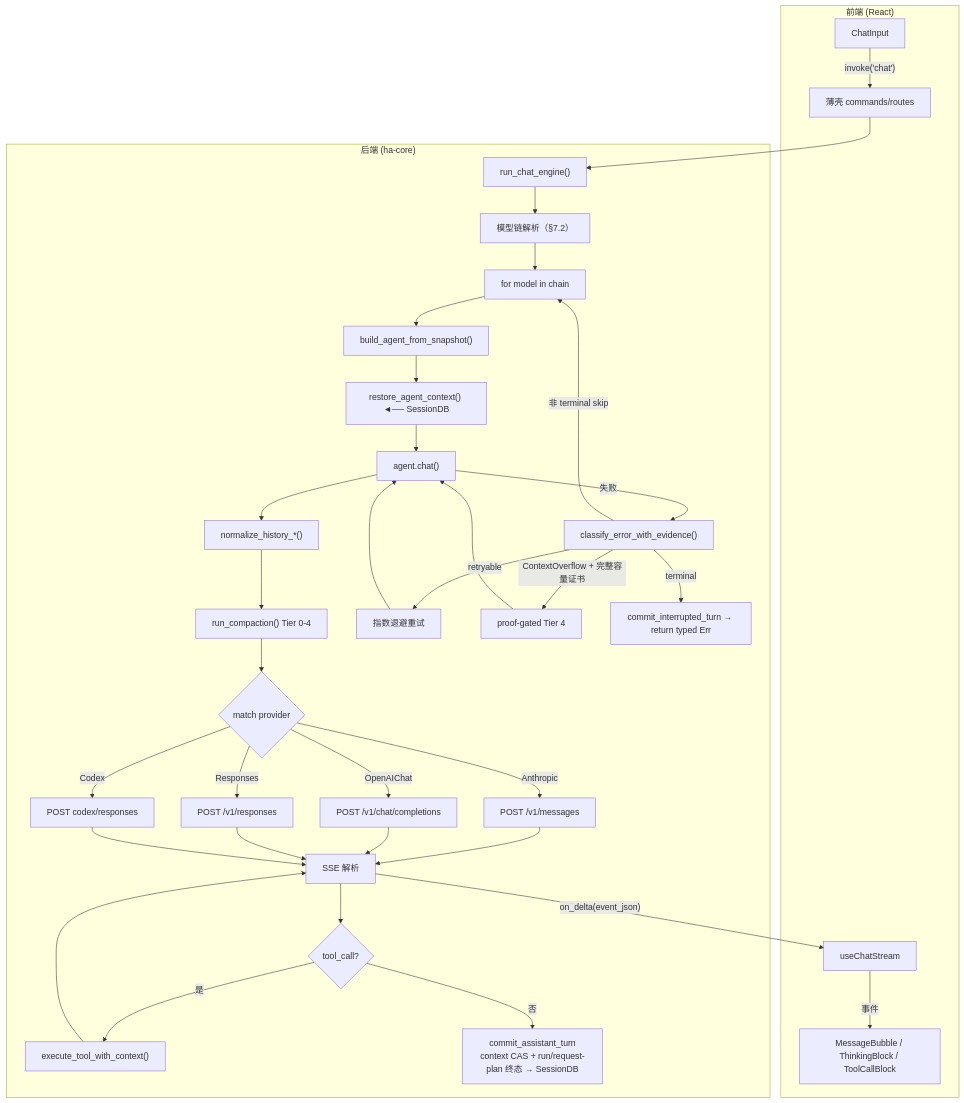
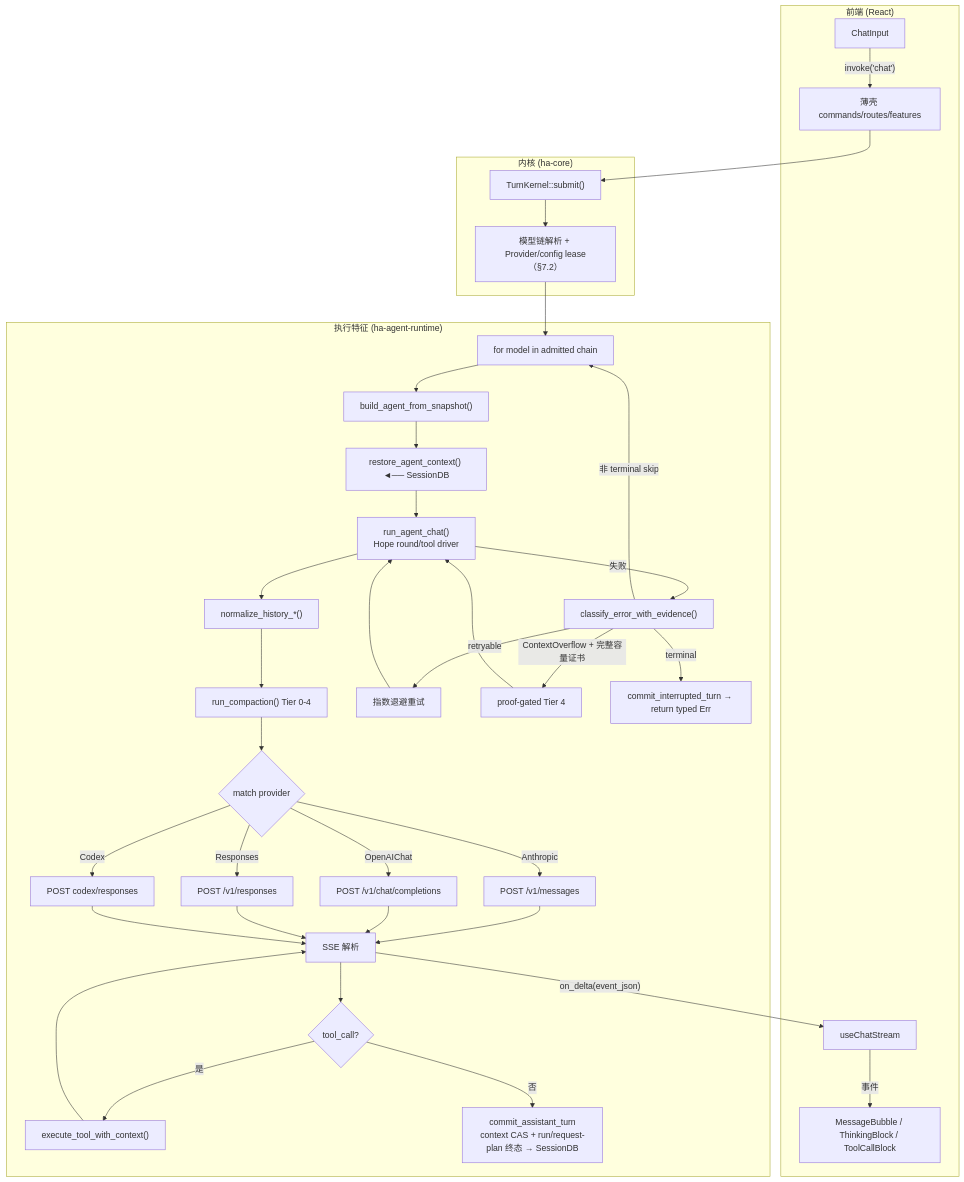
One commit to gabrielmoreira/agent-skills-mirror changed diagram 16 of 16 in mirrors/repos/shiwenwen@hope-agent/docs/architecture/core/provider-system.md. Above: the diagram before and after it, drawn with Mermaid. The commit also changed other lines of this file and 2396 other files, not shown here.

````diff
--- a/mirrors/repos/shiwenwen@hope-agent/docs/architecture/core/provider-system.md
+++ b/mirrors/repos/shiwenwen@hope-agent/docs/architecture/core/provider-system.md
@@ -797,41 +798,44 @@
 ```mermaid
 flowchart TD
   subgraph Frontend["前端 (React)"]
     INPUT["ChatInput"] -->|"invoke('chat')"| INVOKE
     STREAM["useChatStream"] -->|"事件"| RENDER
     RENDER["MessageBubble / ThinkingBlock / ToolCallBlock"]
   end
 
-  subgraph Backend["后端 (ha-core)"]
-    INVOKE["薄壳 commands/routes"] --> ENGINE["run_chat_engine()"]
-    ENGINE --> RESOLVE["模型链解析（§7.2）"]
-    RESOLVE --> LOOP["for model in chain"]
+  subgraph Kernel["内核 (ha-core)"]
+    INVOKE["薄壳 commands/routes/features"] --> ENGINE["TurnKernel::submit()"]
+    ENGINE --> RESOLVE["模型链解析 + Provider/config lease（§7.2）"]
+  end
+
+  subgraph Runtime["执行特征 (ha-agent-runtime)"]
+    RESOLVE --> LOOP["for model in admitted chain"]
 
     LOOP --> BUILD["build_agent_from_snapshot()"]
     BUILD --> RESTORE["restore_agent_context() ◄── SessionDB"]
-    RESTORE --> AGENT["agent.chat()"]
+    RESTORE --> AGENT["run_agent_chat()<br/>Hope round/tool driver"]
 
     AGENT --> NORMALIZE["normalize_history_*()"]
     NORMALIZE --> COMPACTION["run_compaction() Tier 0-4"]
     COMPACTION --> PROVIDER{"match provider"}
 
     PROVIDER -->|Anthropic| P1["POST /v1/messages"]
     PROVIDER -->|OpenAIChat| P2["POST /v1/chat/completions"]
     PROVIDER -->|Responses| P3["POST /v1/responses"]
     PROVIDER -->|Codex| P4["POST codex/responses"]
 
     P1 & P2 & P3 & P4 --> SSE["SSE 解析"]
     SSE -->|"on_delta(event_json)"| STREAM
 
     SSE --> TOOLQ{"tool_call?"}
     TOOLQ -->|是| TEXEC["execute_tool_with_context()"]
     TEXEC --> SSE
     TOOLQ -->|否| SAVE["commit_assistant_turn<br/>context CAS + run/request-plan 终态 → SessionDB"]
 
     AGENT -->|失败| CLASSIFY["classify_error_with_evidence()"]
     CLASSIFY -->|retryable| BACKOFF["指数退避重试"] --> AGENT
     CLASSIFY -->|"ContextOverflow + 完整容量证书"| EMERGENCY["proof-gated Tier 4"] --> AGENT
     CLASSIFY -->|terminal| ABORT["commit_interrupted_turn → return typed Err"]
     CLASSIFY -->|"非 terminal skip"| LOOP
   end
 ```
````
